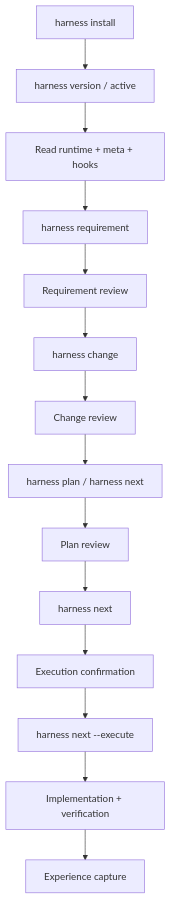
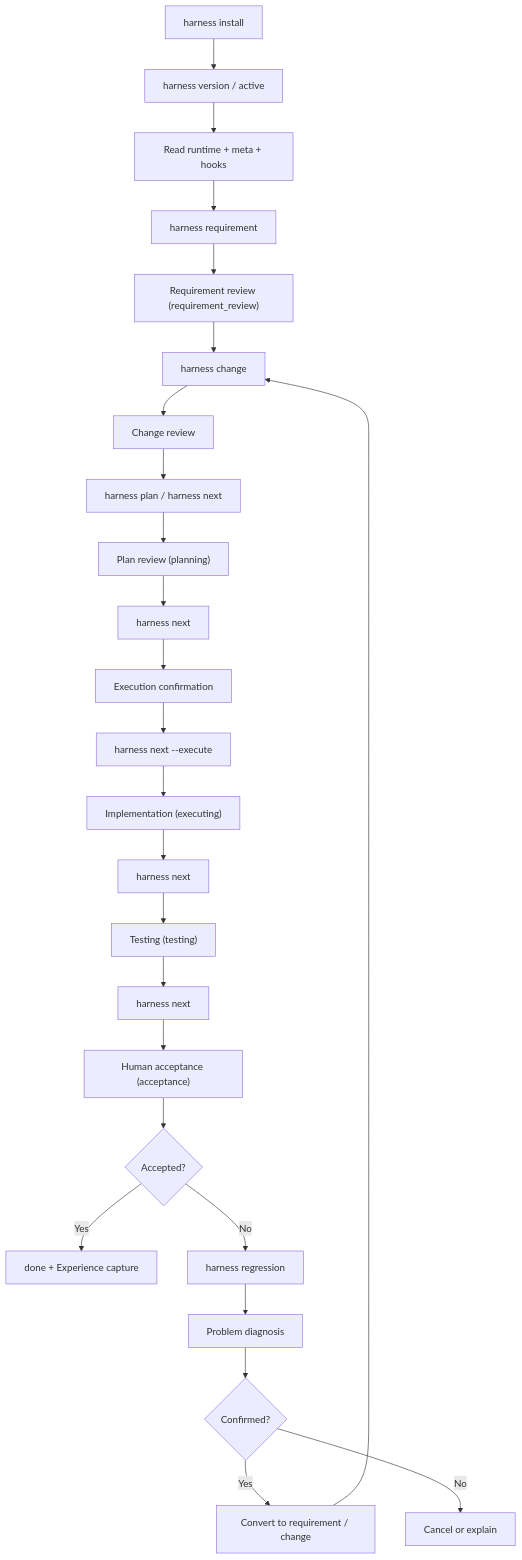
The third of 4 diagrams in README.md (togally/harness-workflow), drawn with Mermaid before and after one commit. The commit also changed other lines of this file and 553 other files, not shown here.

````diff
--- a/README.md
+++ b/README.md
@@ -544,16 +620,27 @@
 ```mermaid
 flowchart TD
     A["harness install"] --> B["harness version / active"]
     B --> C["Read runtime + meta + hooks"]
     C --> D["harness requirement"]
-    D --> E["Requirement review"]
+    D --> E["Requirement review (requirement_review)"]
     E --> F["harness change"]
     F --> G["Change review"]
     G --> H["harness plan / harness next"]
-    H --> I["Plan review"]
+    H --> I["Plan review (planning)"]
     I --> J["harness next"]
     J --> K["Execution confirmation"]
     K --> L["harness next --execute"]
-    L --> M["Implementation + verification"]
-    M --> N["Experience capture"]
+    L --> M["Implementation (executing)"]
+    M --> N["harness next"]
+    N --> O["Testing (testing)"]
+    O --> P["harness next"]
+    P --> Q["Human acceptance (acceptance)"]
+    Q --> R{"Accepted?"}
+    R -->|Yes| S["done + Experience capture"]
+    R -->|No| T["harness regression"]
+    T --> U["Problem diagnosis"]
+    U --> V{"Confirmed?"}
+    V -->|Yes| W["Convert to requirement / change"]
+    V -->|No| X["Cancel or explain"]
+    W --> F
 ```
````
